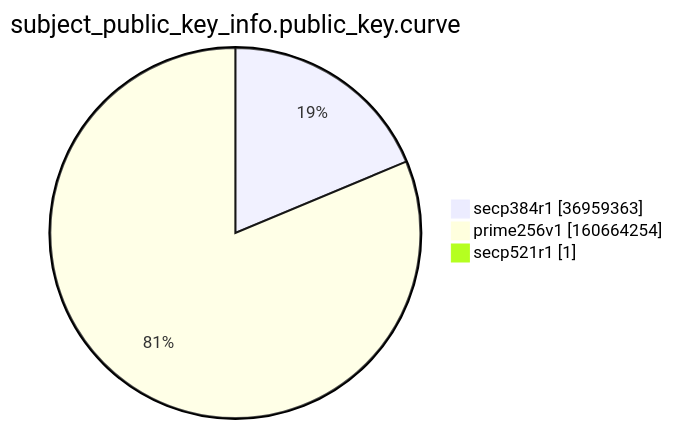
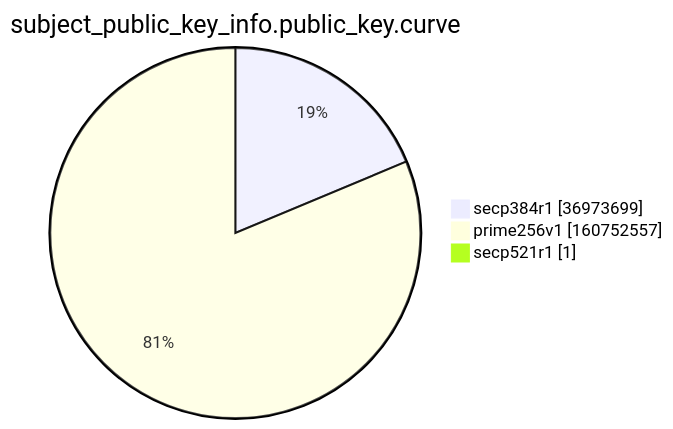
One commit to christiankrug/ctmonitor_visualization changed the ninth of 15 diagrams in argon2022/README.md. Above: the diagram before and after it, drawn with Mermaid. The commit also changed other lines of this file, not shown here.

````diff
--- a/argon2022/README.md
+++ b/argon2022/README.md
@@ -2766,7 +2766,7 @@
 ```mermaid
 pie showData
 title subject_public_key_info.public_key.curve
-"secp384r1" :36959363
-"prime256v1" :160664254
+"secp384r1" :36973699
+"prime256v1" :160752557
 "secp521r1" :1
 ```
````
